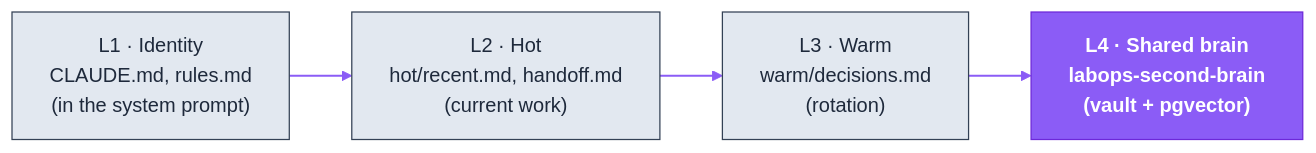
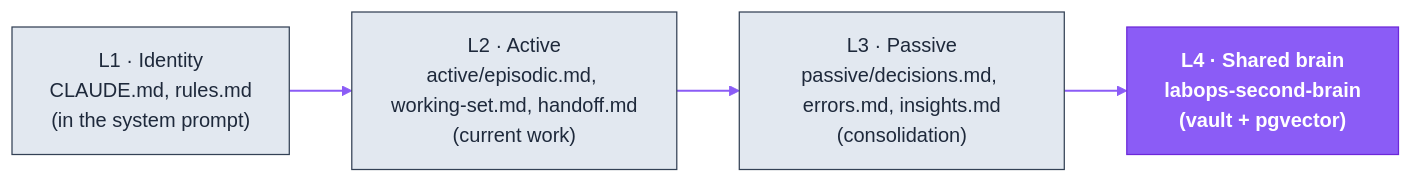
The first of 2 diagrams in README.md (dediukhinpa/labops-second-brain), drawn with Mermaid before and after one commit. The commit also changed other lines of this file and 6 other files, not shown here.

````diff
--- a/README.md
+++ b/README.md
@@ -125,16 +126,16 @@
 ```mermaid
 %%{init: {'theme':'base','themeVariables':{'primaryColor':'#EDE9FE','primaryTextColor':'#4C1D95','primaryBorderColor':'#8B5CF6','lineColor':'#8B5CF6','secondaryColor':'#F1F5F9','tertiaryColor':'#ffffff','clusterBkg':'transparent','clusterBorder':'#B794F4','fontFamily':'Helvetica,Arial,sans-serif'}}}%%
 flowchart LR
     L1["L1 · Identity<br/>CLAUDE.md, rules.md<br/>(in the system prompt)"]
-    L2["L2 · Hot<br/>hot/recent.md, handoff.md<br/>(current work)"]
-    L3["L3 · Warm<br/>warm/decisions.md<br/>(rotation)"]
+    L2["L2 · Active<br/>active/episodic.md, working-set.md, handoff.md<br/>(current work)"]
+    L3["L3 · Passive<br/>passive/decisions.md, errors.md, insights.md<br/>(consolidation)"]
     L4["L4 · Shared brain<br/>labops-second-brain<br/>(vault + pgvector)"]
     L1 --> L2 --> L3 --> L4
     classDef brand fill:#8B5CF6,stroke:#6D28D9,color:#ffffff,font-weight:bold
     classDef ext fill:#CCFBF1,stroke:#0D9488,color:#0F766E
     classDef store fill:#FEF3C7,stroke:#D97706,color:#92400E
     classDef sys fill:#E2E8F0,stroke:#334155,color:#1E293B
     linkStyle default stroke:#8B5CF6,stroke-width:1.5px
     class L4 brand
     class L1,L2,L3 sys
 ```
````
